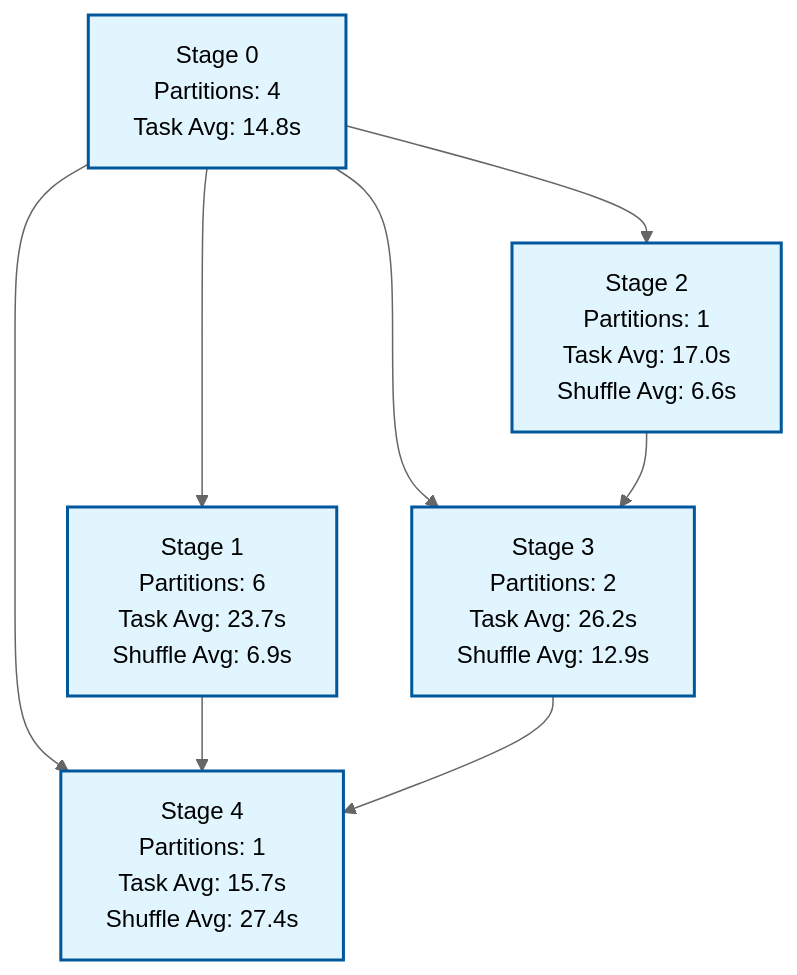
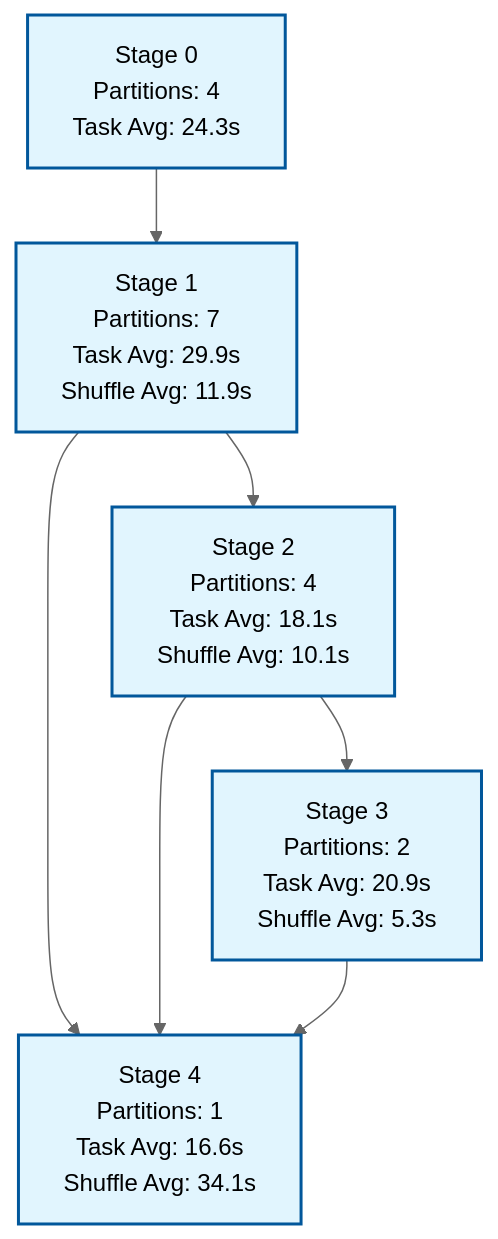
Before and after one commit to fhalde/fauxspark: the diagram in examples/generated/run3/README.md, drawn with Mermaid (neutral theme). The commit also changed other lines of this file and 3 other files, not shown here.

````diff
--- a/examples/generated/run3/README.md
+++ b/examples/generated/run3/README.md
@@ -9,13 +9,12 @@
 ```mermaid
 graph TD
-    Stage0["Stage 0<br/>Partitions: 4<br/>Task Avg: 14.8s"] --> Stage1["Stage 1<br/>Partitions: 6<br/>Task Avg: 23.7s<br/>Shuffle Avg: 6.9s"]
-    Stage0 --> Stage2["Stage 2<br/>Partitions: 1<br/>Task Avg: 17.0s<br/>Shuffle Avg: 6.6s"]
-    Stage0 --> Stage3["Stage 3<br/>Partitions: 2<br/>Task Avg: 26.2s<br/>Shuffle Avg: 12.9s"]
-    Stage2 --> Stage3
-    Stage0 --> Stage4["Stage 4<br/>Partitions: 1<br/>Task Avg: 15.7s<br/>Shuffle Avg: 27.4s"]
-    Stage1 --> Stage4
+    Stage0["Stage 0<br/>Partitions: 4<br/>Task Avg: 24.3s"] --> Stage1["Stage 1<br/>Partitions: 7<br/>Task Avg: 29.9s<br/>Shuffle Avg: 11.9s"]
+    Stage1 --> Stage2["Stage 2<br/>Partitions: 4<br/>Task Avg: 18.1s<br/>Shuffle Avg: 10.1s"]
+    Stage2 --> Stage3["Stage 3<br/>Partitions: 2<br/>Task Avg: 20.9s<br/>Shuffle Avg: 5.3s"]
+    Stage1 --> Stage4["Stage 4<br/>Partitions: 1<br/>Task Avg: 16.6s<br/>Shuffle Avg: 34.1s"]
+    Stage2 --> Stage4
     Stage3 --> Stage4
 
     classDef stageBox fill:#e1f5fe,stroke:#01579b,stroke-width:2px
     class Stage0,Stage1,Stage2,Stage3,Stage4 stageBox
 ```
````
